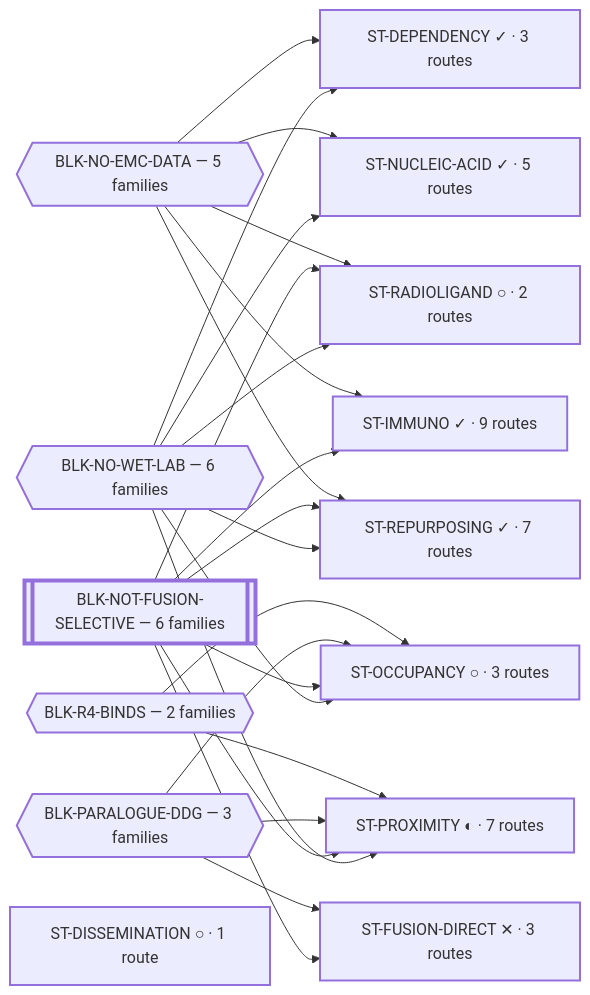
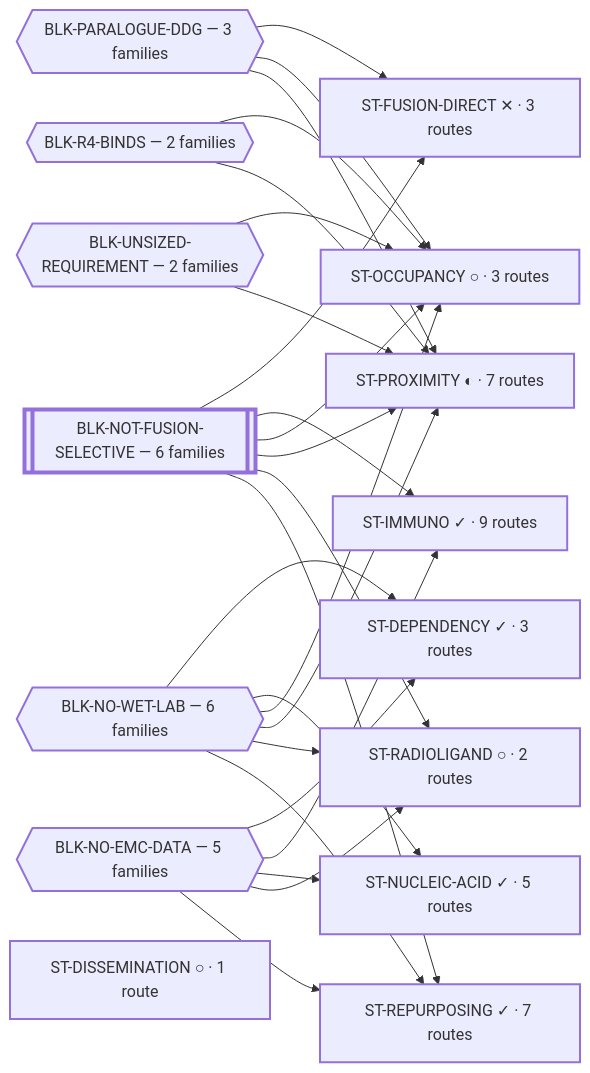
One commit to trimcrae/Rare-cancers changed the diagram in systems/views/L0-ecosystem.md. Above: the diagram before and after it, drawn with Mermaid. The commit also changed other lines of this file and 16 other files, not shown here.

````diff
--- a/systems/views/L0-ecosystem.md
+++ b/systems/views/L0-ecosystem.md
@@ -33,45 +33,48 @@
 ```mermaid
 flowchart LR
   BLK_NO_WET_LAB{{"BLK-NO-WET-LAB — 6 families"}}:::blk
   BLK_NOT_FUSION_SELECTIVE[["BLK-NOT-FUSION-SELECTIVE — 6 families"]]:::perm
   BLK_NO_EMC_DATA{{"BLK-NO-EMC-DATA — 5 families"}}:::blk
   BLK_PARALOGUE_DDG{{"BLK-PARALOGUE-DDG — 3 families"}}:::blk
   BLK_R4_BINDS{{"BLK-R4-BINDS — 2 families"}}:::blk
+  BLK_UNSIZED_REQUIREMENT{{"BLK-UNSIZED-REQUIREMENT — 2 families"}}:::blk
 
   ST_IMMUNO["ST-IMMUNO ✓ · 9 routes"]:::fam
   ST_PROXIMITY["ST-PROXIMITY ◐ · 7 routes"]:::fam
   ST_REPURPOSING["ST-REPURPOSING ✓ · 7 routes"]:::fam
   ST_NUCLEIC_ACID["ST-NUCLEIC-ACID ✓ · 5 routes"]:::fam
   ST_DEPENDENCY["ST-DEPENDENCY ✓ · 3 routes"]:::fam
   ST_FUSION_DIRECT["ST-FUSION-DIRECT ✕ · 3 routes"]:::fam
   ST_OCCUPANCY["ST-OCCUPANCY ○ · 3 routes"]:::fam
   ST_RADIOLIGAND["ST-RADIOLIGAND ○ · 2 routes"]:::fam
   ST_DISSEMINATION["ST-DISSEMINATION ○ · 1 route"]:::fam
 
   BLK_NO_WET_LAB --> ST_DEPENDENCY
   BLK_NO_WET_LAB --> ST_NUCLEIC_ACID
   BLK_NO_WET_LAB --> ST_OCCUPANCY
   BLK_NO_WET_LAB --> ST_PROXIMITY
   BLK_NO_WET_LAB --> ST_RADIOLIGAND
   BLK_NO_WET_LAB --> ST_REPURPOSING
   BLK_NOT_FUSION_SELECTIVE --> ST_FUSION_DIRECT
   BLK_NOT_FUSION_SELECTIVE --> ST_IMMUNO
   BLK_NOT_FUSION_SELECTIVE --> ST_OCCUPANCY
   BLK_NOT_FUSION_SELECTIVE --> ST_PROXIMITY
   BLK_NOT_FUSION_SELECTIVE --> ST_RADIOLIGAND
   BLK_NOT_FUSION_SELECTIVE --> ST_REPURPOSING
   BLK_NO_EMC_DATA --> ST_DEPENDENCY
   BLK_NO_EMC_DATA --> ST_IMMUNO
   BLK_NO_EMC_DATA --> ST_NUCLEIC_ACID
   BLK_NO_EMC_DATA --> ST_RADIOLIGAND
   BLK_NO_EMC_DATA --> ST_REPURPOSING
   BLK_PARALOGUE_DDG --> ST_FUSION_DIRECT
   BLK_PARALOGUE_DDG --> ST_OCCUPANCY
   BLK_PARALOGUE_DDG --> ST_PROXIMITY
   BLK_R4_BINDS --> ST_OCCUPANCY
   BLK_R4_BINDS --> ST_PROXIMITY
+  BLK_UNSIZED_REQUIREMENT --> ST_OCCUPANCY
+  BLK_UNSIZED_REQUIREMENT --> ST_PROXIMITY
   classDef fam stroke-width:2px;
   classDef blk stroke-width:2px;
   classDef perm stroke-width:4px;
   classDef tech stroke-width:1px,stroke-dasharray:4 3;
 ```
````
